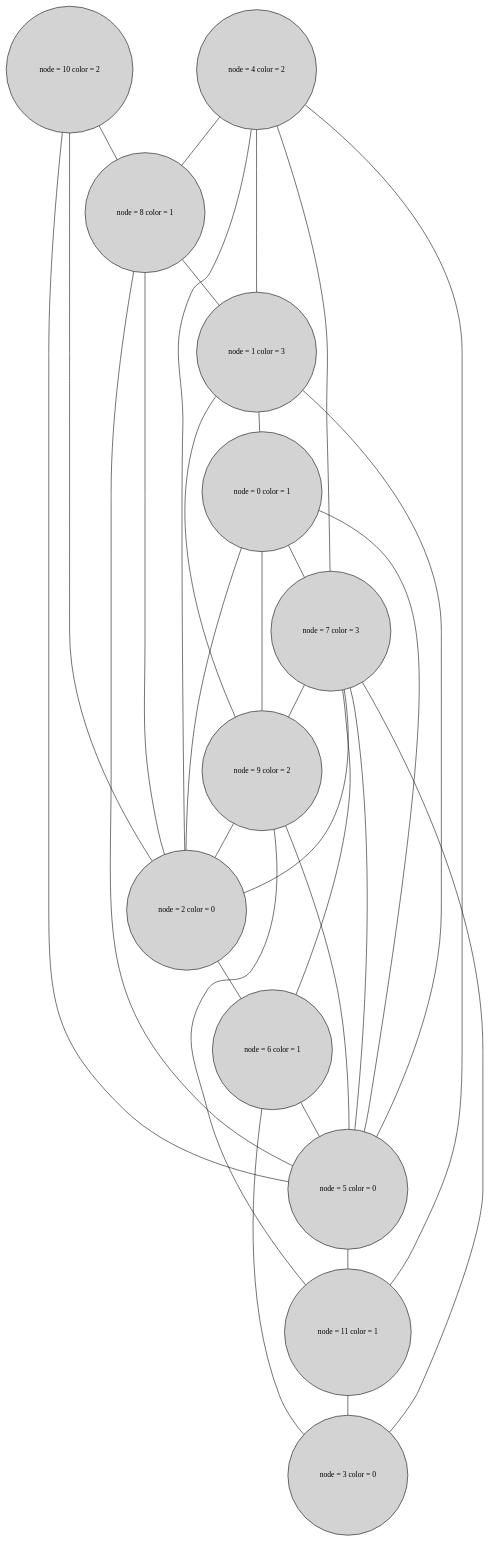
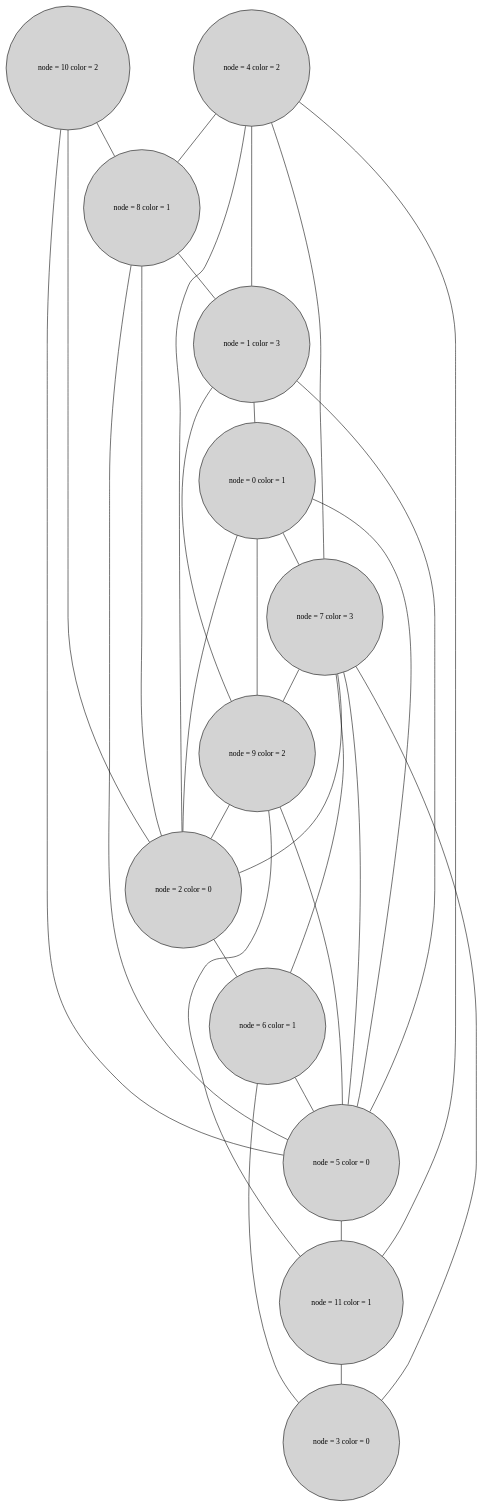
Before and after one commit to zakoo20122/gceda: the diagram in test_graph_2.dot, drawn with Graphviz. The commit also changed 8 other files, not shown here.

```diff
--- a/test_graph_2.dot
+++ b/test_graph_2.dot
@@ -1,46 +1,46 @@
 graph G { 
 graph [splines = true] node [height=0.4 shape=circle style=filled]
-3 [ label= " node = 3 color = 0"] ;
-2 [ label= " node = 2 color = 0"] ;
-10 [ label= " node = 10 color = 2"] ;
-1 [ label= " node = 1 color = 3"] ;
-0 [ label= " node = 0 color = 1"] ;
-7 [ label= " node = 7 color = 3"] ;
-6 [ label= " node = 6 color = 1"] ;
-5 [ label= " node = 5 color = 0"] ;
-4 [ label= " node = 4 color = 2"] ;
-9 [ label= " node = 9 color = 2"] ;
-8 [ label= " node = 8 color = 1"] ;
-11 [ label= " node = 11 color = 1"] ;
+3 [ label= "node = 3 color = 0"] ;
+2 [ label= "node = 2 color = 0"] ;
+10 [ label= "node = 10 color = 2"] ;
+1 [ label= "node = 1 color = 3"] ;
+0 [ label= "node = 0 color = 1"] ;
+7 [ label= "node = 7 color = 3"] ;
+6 [ label= "node = 6 color = 1"] ;
+5 [ label= "node = 5 color = 0"] ;
+4 [ label= "node = 4 color = 2"] ;
+9 [ label= "node = 9 color = 2"] ;
+8 [ label= "node = 8 color = 1"] ;
+11 [ label= "node = 11 color = 1"] ;
 2 -- 6;
 10 -- 8;
 10 -- 2;
 10 -- 5;
 1 -- 5;
 1 -- 0;
 1 -- 9;
 0 -- 5;
 0 -- 2;
 0 -- 7;
 0 -- 9;
 7 -- 9;
 7 -- 5;
 7 -- 2;
 7 -- 3;
 7 -- 6;
 6 -- 5;
 6 -- 3;
 5 -- 11;
 4 -- 8;
 4 -- 1;
 4 -- 2;
 4 -- 7;
 4 -- 11;
 9 -- 2;
 9 -- 5;
 9 -- 11;
 8 -- 2;
 8 -- 1;
 8 -- 5;
 11 -- 3;
 }
```
